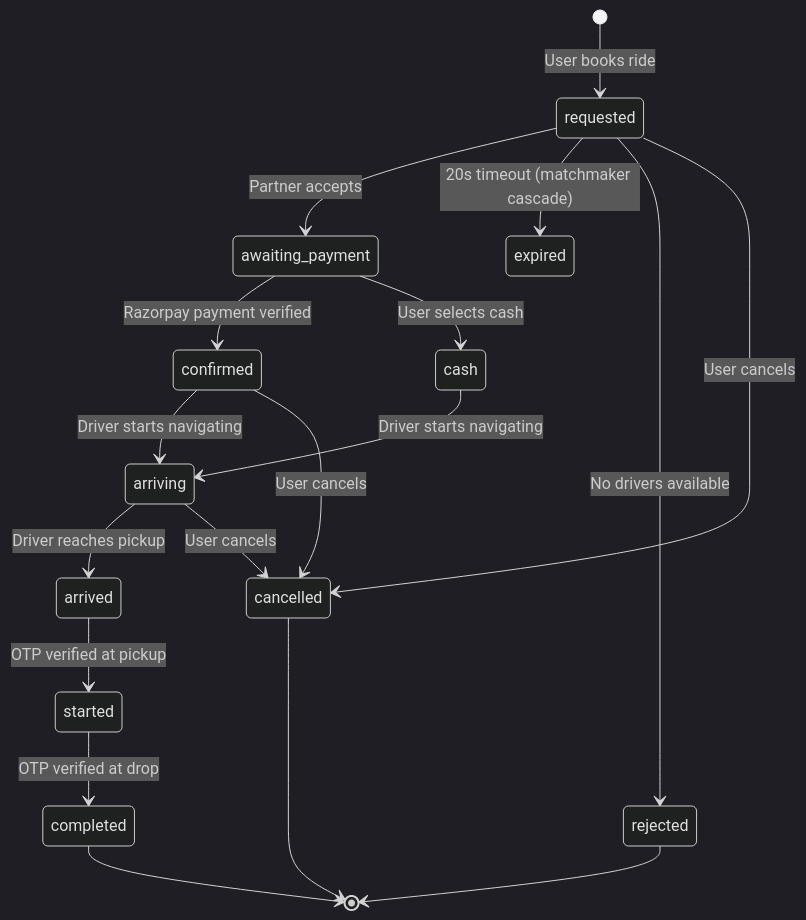
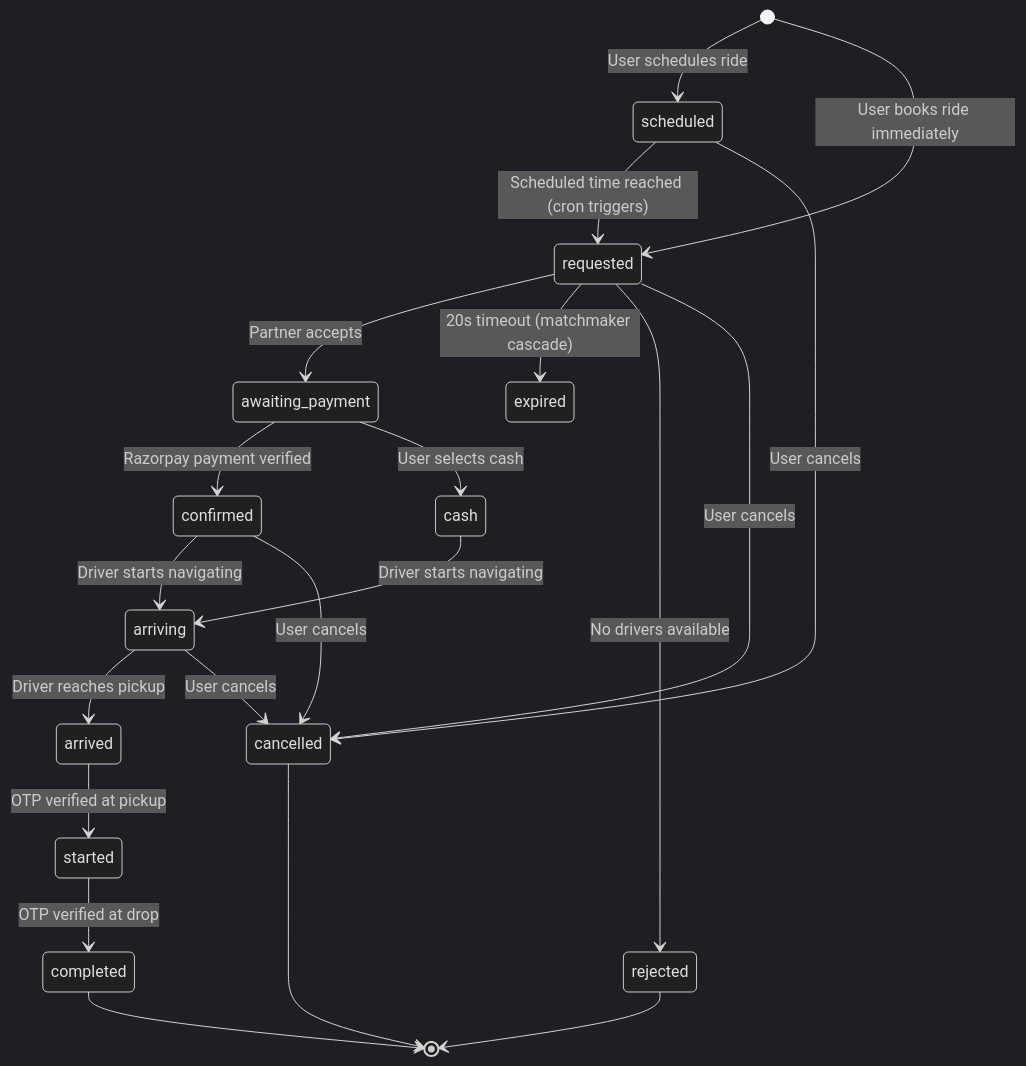
The third of 5 diagrams in readme.md (Zuhaib-dev/rydex), drawn with Mermaid (dark theme) before and after one commit. The commit also changed other lines of this file and 2 other files, not shown here.

````diff
--- a/readme.md
+++ b/readme.md
@@ -354,28 +368,32 @@
 ```mermaid
 stateDiagram-v2
-    [*] --> requested : User books ride
+    [*] --> scheduled : User schedules ride
+    [*] --> requested : User books ride immediately
 
     requested --> awaiting_payment : Partner accepts
     requested --> expired : 20s timeout (matchmaker cascade)
     requested --> rejected : No drivers available
+
+    scheduled --> requested : Scheduled time reached (cron triggers)
 
     awaiting_payment --> confirmed : Razorpay payment verified
     awaiting_payment --> cash : User selects cash
 
     confirmed --> arriving : Driver starts navigating
     cash --> arriving : Driver starts navigating
 
     arriving --> arrived : Driver reaches pickup
 
     arrived --> started : OTP verified at pickup
 
     started --> completed : OTP verified at drop
 
     completed --> [*]
     rejected --> [*]
     cancelled --> [*]
 
     requested --> cancelled : User cancels
+    scheduled --> cancelled : User cancels
     confirmed --> cancelled : User cancels
     arriving --> cancelled : User cancels
 ```
````
